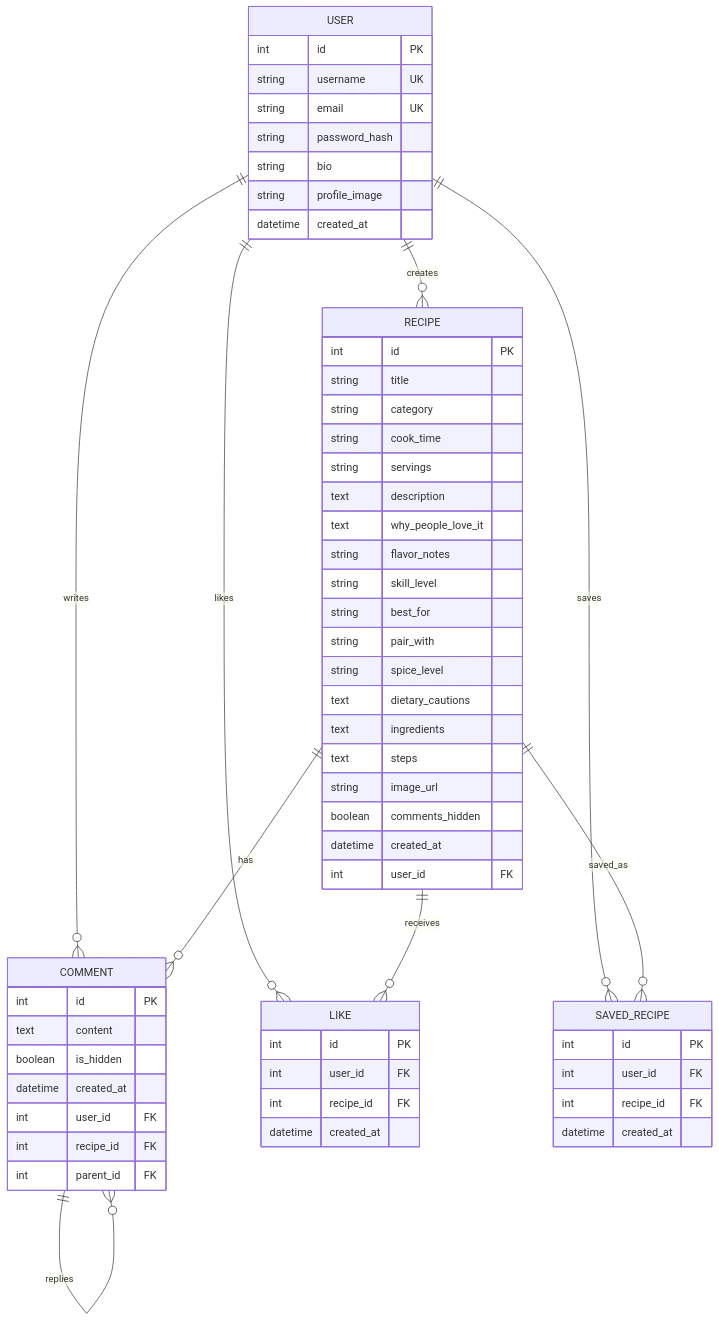
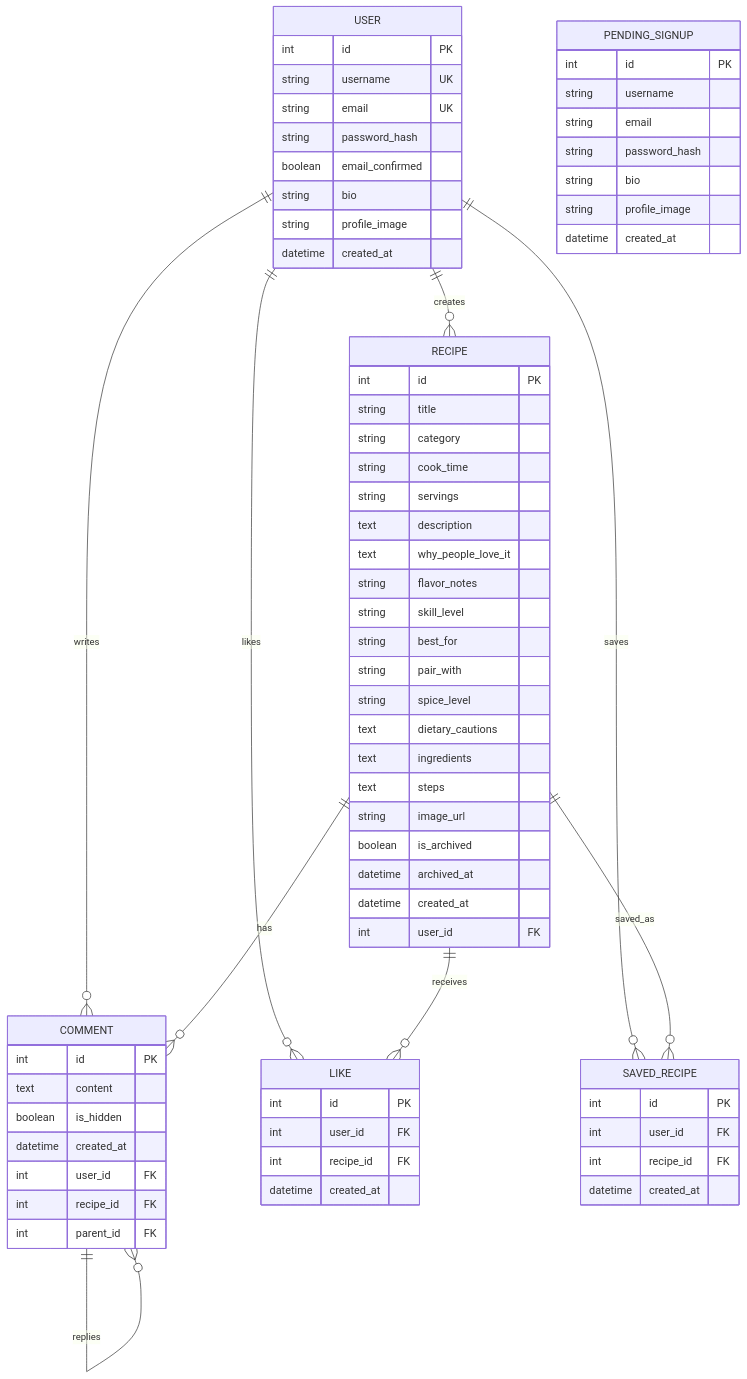
The diagram in docs/DATABASE_DIAGRAM.md (NeelPatel-22/Agile-Group-Project), drawn with Mermaid before and after one commit. The commit also changed other lines of this file and 19 other files, not shown here.

````diff
--- a/docs/DATABASE_DIAGRAM.md
+++ b/docs/DATABASE_DIAGRAM.md
@@ -5,69 +5,81 @@
 ```mermaid
 erDiagram
     USER {
         int id PK
         string username UK
         string email UK
+        string password_hash
+        boolean email_confirmed
+        string bio
+        string profile_image
+        datetime created_at
+    }
+
+    PENDING_SIGNUP {
+        int id PK
+        string username
+        string email
         string password_hash
         string bio
         string profile_image
         datetime created_at
     }
 
     RECIPE {
         int id PK
         string title
         string category
         string cook_time
         string servings
         text description
         text why_people_love_it
         string flavor_notes
         string skill_level
         string best_for
         string pair_with
         string spice_level
         text dietary_cautions
         text ingredients
         text steps
         string image_url
-        boolean comments_hidden
+        boolean is_archived
+        datetime archived_at
         datetime created_at
         int user_id FK
     }
 
     COMMENT {
         int id PK
         text content
         boolean is_hidden
         datetime created_at
         int user_id FK
         int recipe_id FK
         int parent_id FK
     }
 
     LIKE {
         int id PK
         int user_id FK
         int recipe_id FK
         datetime created_at
     }
 
     SAVED_RECIPE {
         int id PK
         int user_id FK
         int recipe_id FK
         datetime created_at
     }
 
     USER ||--o{ RECIPE : creates
     USER ||--o{ COMMENT : writes
     USER ||--o{ LIKE : likes
     USER ||--o{ SAVED_RECIPE : saves
 
     RECIPE ||--o{ COMMENT : has
     RECIPE ||--o{ LIKE : receives
     RECIPE ||--o{ SAVED_RECIPE : saved_as
 
     COMMENT ||--o{ COMMENT : replies
 ```
````
